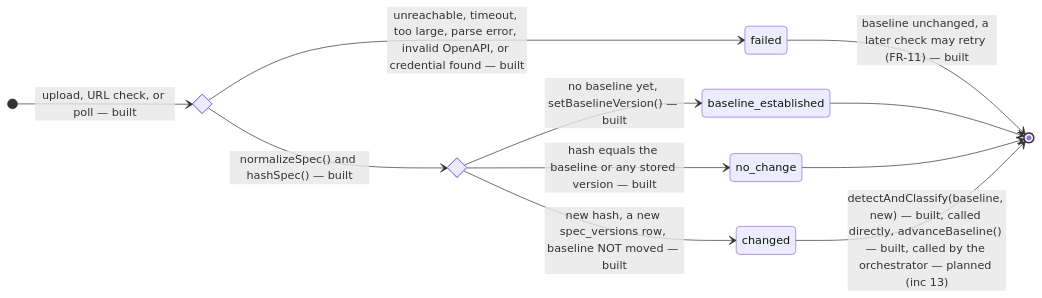
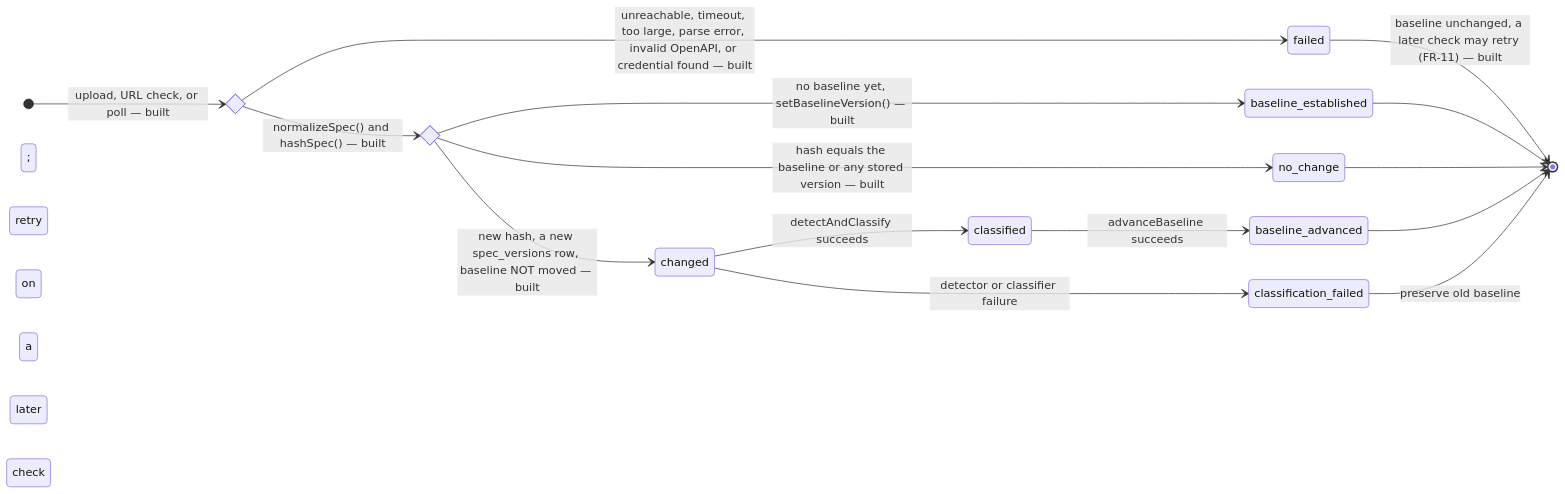
Before and after one commit to Bigyan1313/self_maintaining_api: the second of 3 diagrams in docs/diagrams/statecharts.md, drawn with Mermaid. The commit also changed other lines of this file and 34 other files, not shown here.

Commit message:
feat(deliverables): generate diagrams, evidence reports and guarded submission bundles

````diff
--- a/docs/diagrams/statecharts.md
+++ b/docs/diagrams/statecharts.md
@@ -94,16 +95,20 @@
 ```mermaid
 stateDiagram-v2
   direction LR
   state retrieve_and_parse <<choice>>
   state compare_hash <<choice>>
   [*] --> retrieve_and_parse : upload, URL check, or poll — built
   retrieve_and_parse --> failed : unreachable, timeout, too large, parse error, invalid OpenAPI, or credential found — built
   retrieve_and_parse --> compare_hash : normalizeSpec() and hashSpec() — built
   compare_hash --> baseline_established : no baseline yet, setBaselineVersion() — built
   compare_hash --> no_change : hash equals the baseline or any stored version — built
   compare_hash --> changed : new hash, a new spec_versions row, baseline NOT moved — built
   failed --> [*] : baseline unchanged, a later check may retry (FR-11) — built
   baseline_established --> [*]
   no_change --> [*]
-  changed --> [*] : detectAndClassify(baseline, new) — built, called directly, advanceBaseline() — built, called by the orchestrator — planned (inc 13)
+  changed --> classified : detectAndClassify succeeds
+  classified --> baseline_advanced : advanceBaseline succeeds
+  baseline_advanced --> [*]
+  changed --> classification_failed : detector or classifier failure
+  classification_failed --> [*] : preserve old baseline; retry on a later check
 ```
````
